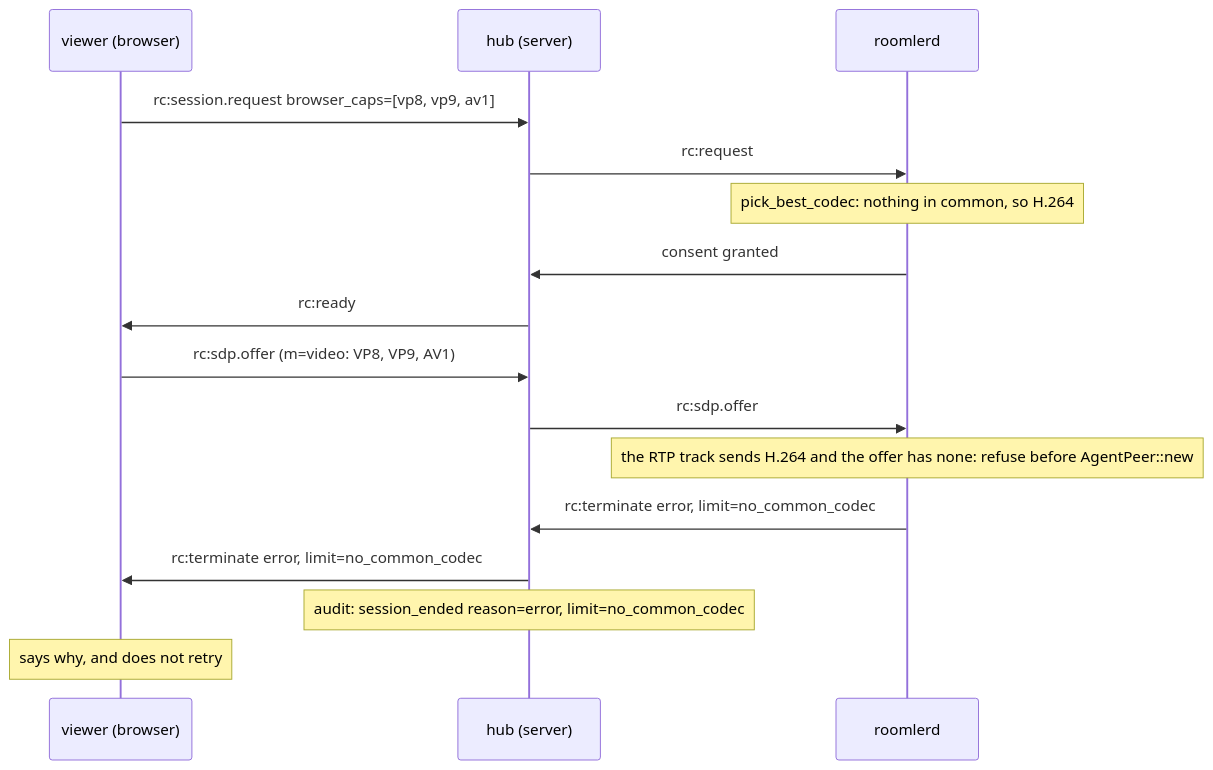
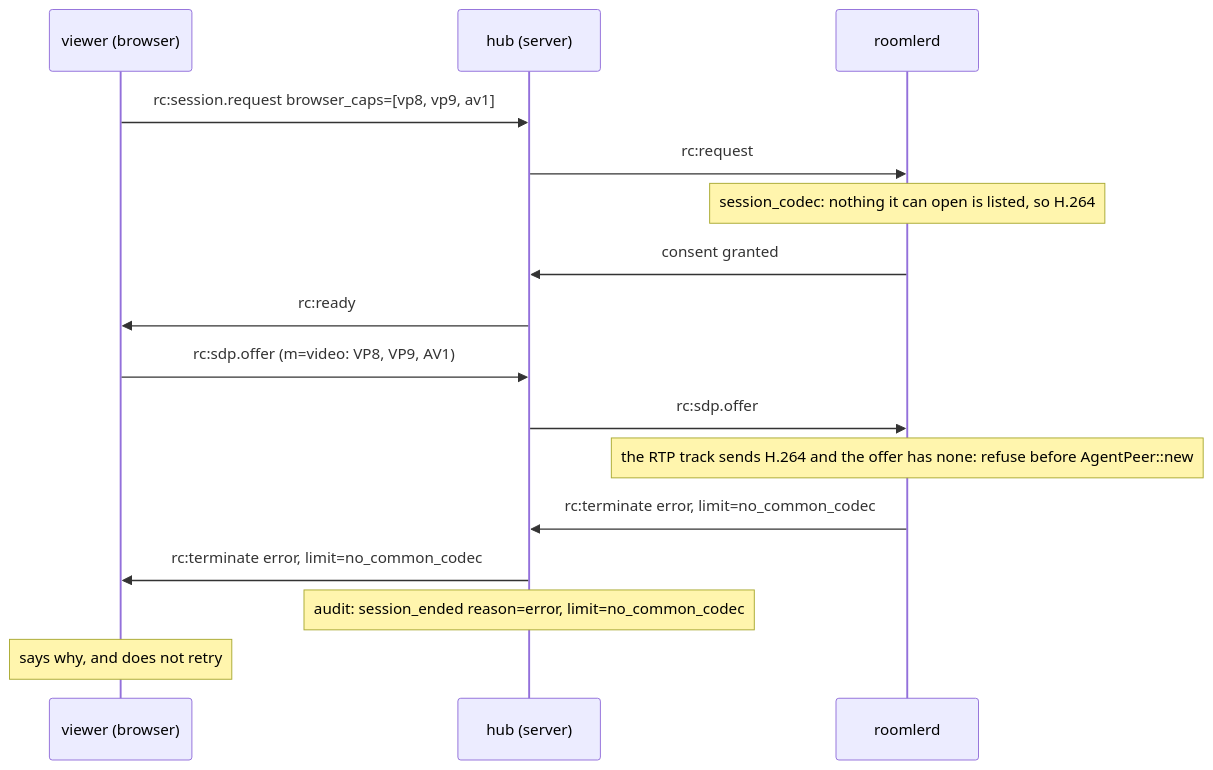
One commit to gjovanov/roomler-ai changed diagram 23 of 38 in docs/remote-control.md. Above: the diagram before and after it, drawn with Mermaid. The commit also changed other lines of this file and 7 other files, not shown here.

First line of the commit message:
fix(signaling): an RTP session binds a codec its opener can open (#3245)

````diff
--- a/docs/remote-control.md
+++ b/docs/remote-control.md
@@ -2397,18 +2397,18 @@
 ```mermaid
 sequenceDiagram
     participant V as viewer (browser)
     participant S as hub (server)
     participant A as roomlerd
     V->>S: rc:session.request browser_caps=[vp8, vp9, av1]
     S->>A: rc:request
-    Note over A: pick_best_codec: nothing in common, so H.264
+    Note over A: session_codec: nothing it can open is listed, so H.264
     A->>S: consent granted
     S->>V: rc:ready
     V->>S: rc:sdp.offer (m=video: VP8, VP9, AV1)
     S->>A: rc:sdp.offer
     Note over A: the RTP track sends H.264 and the offer has none: refuse before AgentPeer::new
     A->>S: rc:terminate error, limit=no_common_codec
     S->>V: rc:terminate error, limit=no_common_codec
     Note over S: audit: session_ended reason=error, limit=no_common_codec
     Note over V: says why, and does not retry
 ```
````
